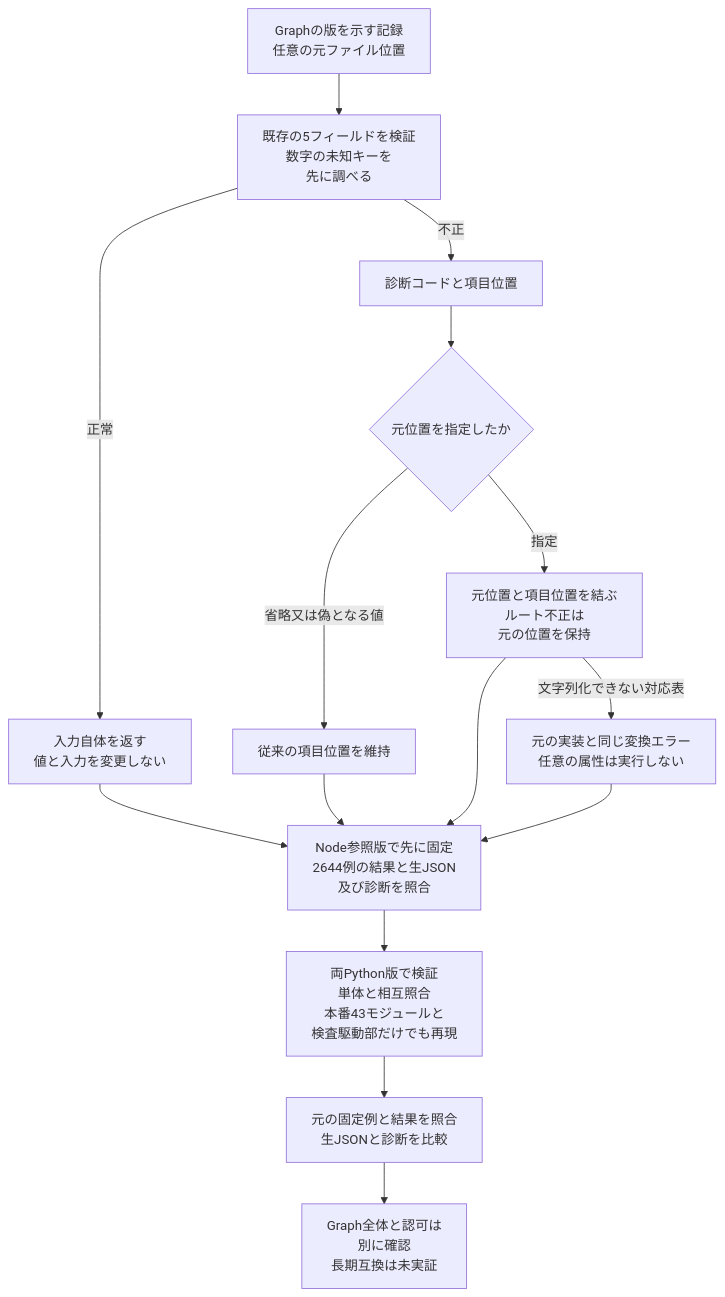
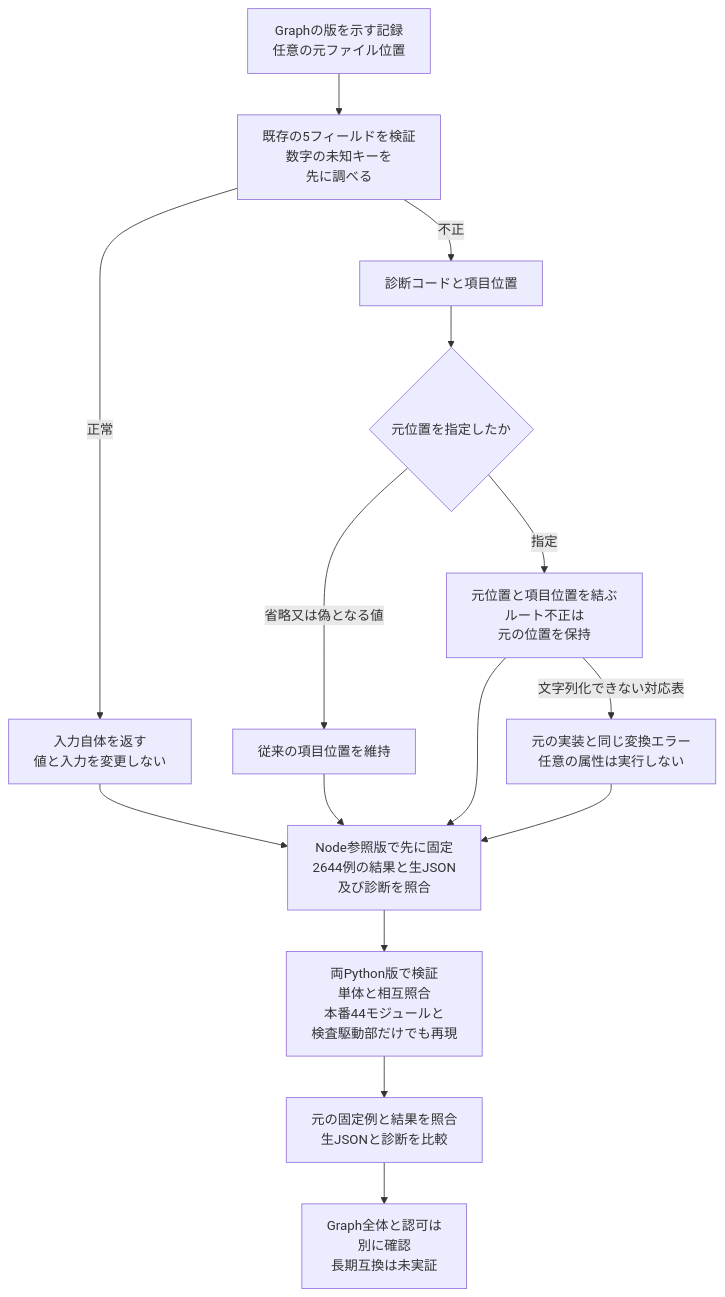
Before and after one commit to koukemo/morivyx: the diagram in docs/diagrams/python-graph-revision.mmd, drawn with Mermaid. The commit also changed 36 other files, not shown here.

```diff
--- a/docs/diagrams/python-graph-revision.mmd
+++ b/docs/diagrams/python-graph-revision.mmd
@@ -1,15 +1,15 @@
 flowchart TD
   A[Graphの版を示す記録<br/>任意の元ファイル位置] --> B[既存の5フィールドを検証<br/>数字の未知キーを<br/>先に調べる]
   B -->|正常| C[入力自体を返す<br/>値と入力を変更しない]
   B -->|不正| D[診断コードと項目位置]
   D --> E{元位置を指定したか}
   E -->|省略又は偽となる値| F[従来の項目位置を維持]
   E -->|指定| G[元位置と項目位置を結ぶ<br/>ルート不正は<br/>元の位置を保持]
   G -->|文字列化できない対応表| H[元の実装と同じ変換エラー<br/>任意の属性は実行しない]
   C --> I[Node参照版で先に固定<br/>2644例の結果と生JSON<br/>及び診断を照合]
   F --> I
   G --> I
   H --> I
-  I --> J[両Python版で検証<br/>単体と相互照合<br/>本番43モジュールと<br/>検査駆動部だけでも再現]
+  I --> J[両Python版で検証<br/>単体と相互照合<br/>本番44モジュールと<br/>検査駆動部だけでも再現]
   J --> K[元の固定例と結果を照合<br/>生JSONと診断を比較]
   K --> L[Graph全体と認可は<br/>別に確認<br/>長期互換は未実証]
```
